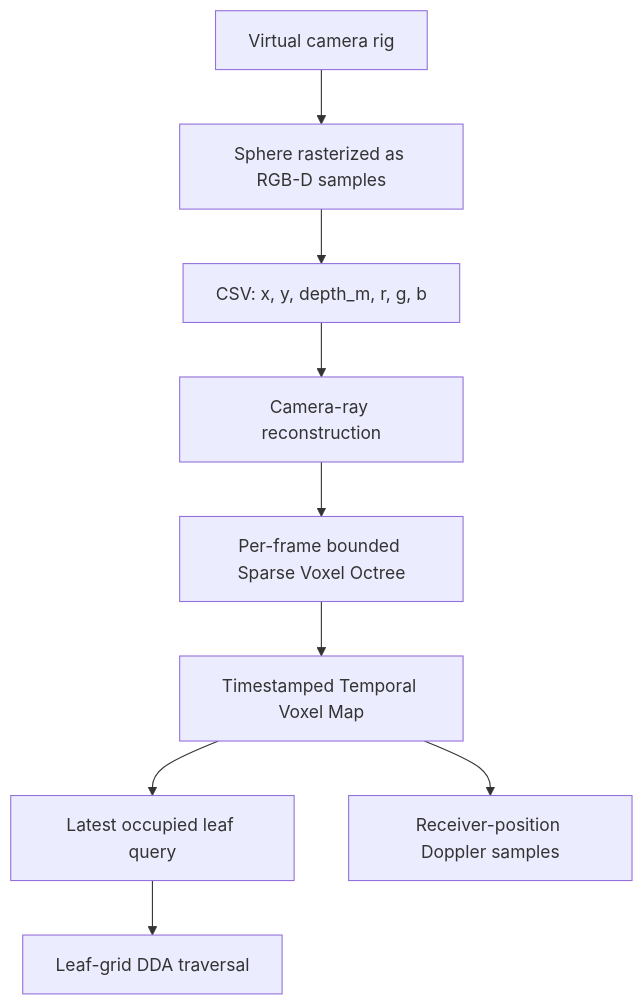
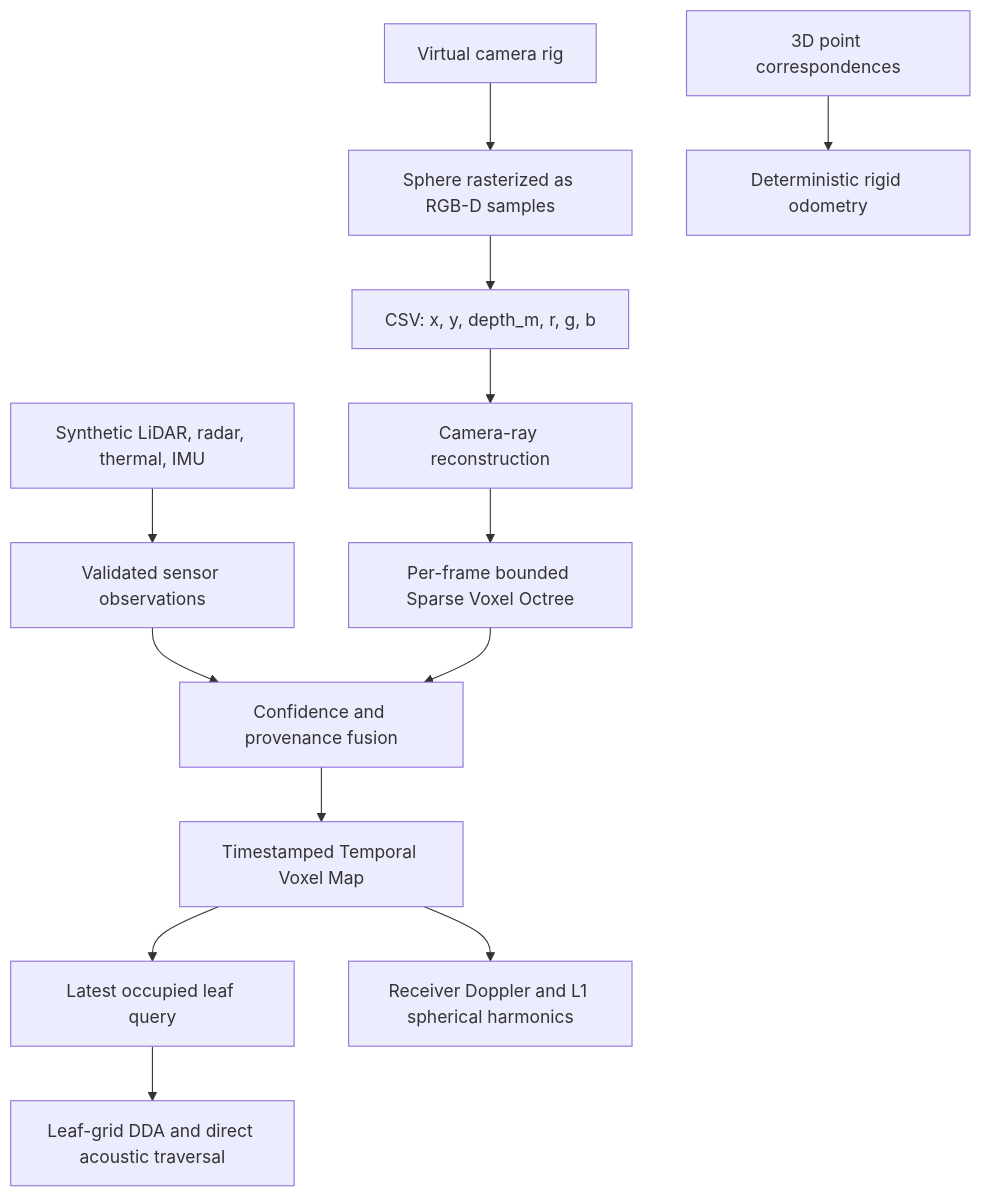
The diagram in docs/architecture.md (gusinistro/voxel4d), drawn with Mermaid before and after one commit. The commit also changed other lines of this file and 36 other files, not shown here.

````diff
--- a/docs/architecture.md
+++ b/docs/architecture.md
@@ -11,11 +11,15 @@
 ```mermaid
 flowchart TD
     A[Virtual camera rig] --> B[Sphere rasterized as RGB-D samples]
     B --> C[CSV: x, y, depth_m, r, g, b]
     C --> D[Camera-ray reconstruction]
     D --> E[Per-frame bounded Sparse Voxel Octree]
-    E --> F[Timestamped Temporal Voxel Map]
+    J[Synthetic LiDAR, radar, thermal, IMU] --> K[Validated sensor observations]
+    K --> L[Confidence and provenance fusion]
+    E --> L
+    L --> F[Timestamped Temporal Voxel Map]
     F --> G[Latest occupied leaf query]
-    G --> H[Leaf-grid DDA traversal]
-    F --> I[Receiver-position Doppler samples]
+    G --> H[Leaf-grid DDA and direct acoustic traversal]
+    F --> I[Receiver Doppler and L1 spherical harmonics]
+    M[3D point correspondences] --> N[Deterministic rigid odometry]
 ```
````
